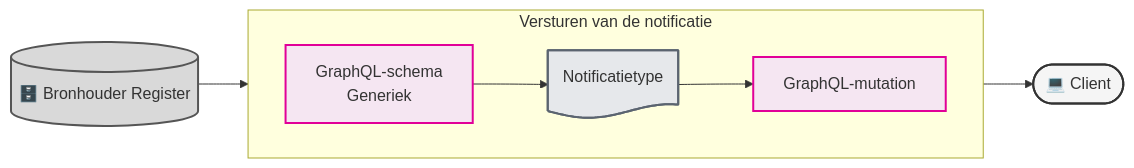
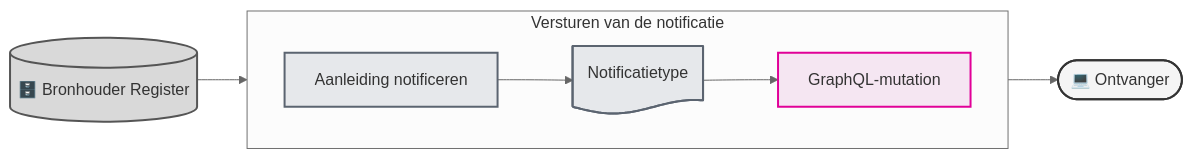
Before and after one commit to iStandaarden/koppelvlakspecificatie-netwerkmodel: the second of 2 diagrams in docs/leeswijzer/index.md, drawn with Mermaid. The commit also changed other lines of this file and 83 other files, not shown here.

````diff
--- a/docs/leeswijzer/index.md
+++ b/docs/leeswijzer/index.md
@@ -54,24 +48,28 @@
 ```mermaid
+---
+config:
+  theme: neutral
+---
 flowchart LR
  subgraph Pipeline["Versturen van de notificatie"]
     direction LR
-        GQ["GraphQL-schema <br/>Generiek"]
+        GQ["Aanleiding notificeren"]
         OPA["Notificatietype"]
         GS["GraphQL-mutation"]
   end
     GQ --> OPA
     OPA --> GS
     DB[("🗄️ Bronhouder Register")] --> GQ
-    GS --> Client(["💻 Client"])
+    GS --> Client(["💻 Ontvanger"])
 
     OPA@{ shape: doc}
-     GQ:::graphql
+     GQ:::opa
      OPA:::opa
      GS:::graphql
      DB:::db
      Client:::client
     classDef graphql fill:#f5e6f2,stroke:#E10098,stroke-width:2px,color:#333
     classDef opa fill:#e6e8eb,stroke:#5b6470,stroke-width:2px,color:#333
     classDef client fill:#f5f5f5,stroke:#333,stroke-width:2px,color:#333
     classDef db fill:#d9d9d9,stroke:#555,stroke-width:2px,color:#333
 ```
````
